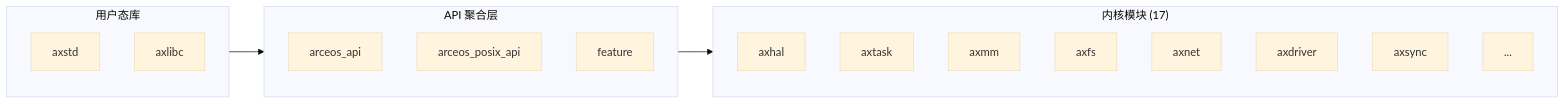
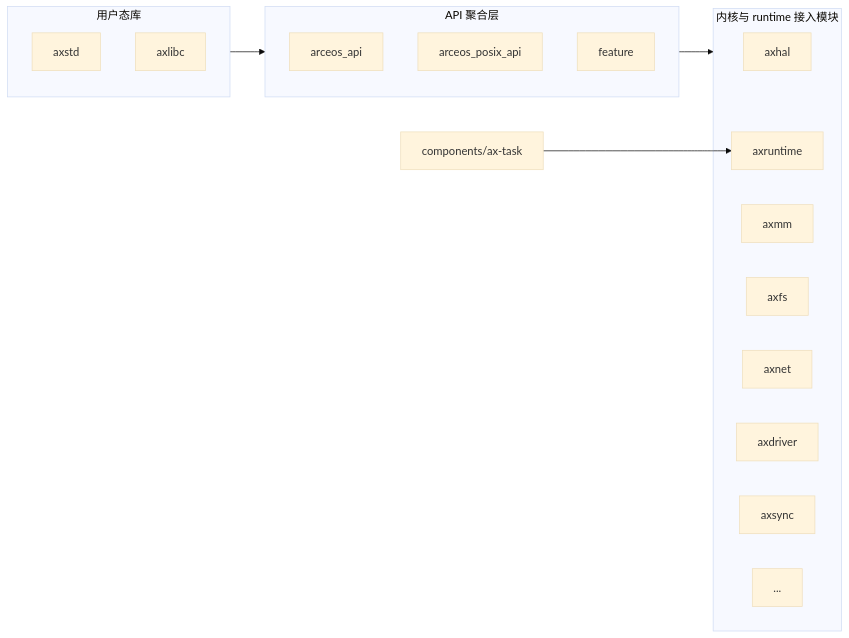
The second of 5 diagrams in docs/docs/introduction/overview.md (rcore-os/tgoskits), drawn with Mermaid (base theme) before and after one commit. The commit also changed other lines of this file and 333 other files, not shown here.

Commit message:
feat(ax-task): rebuild RT/SMP scheduler runtime

````diff
--- a/docs/docs/introduction/overview.md
+++ b/docs/docs/introduction/overview.md
@@ -121,24 +122,26 @@
 ```mermaid
 flowchart LR
     subgraph ulib["用户态库"]
         axstd["axstd"]
         axlibc["axlibc"]
     end
     subgraph api["API 聚合层"]
         arceos_api["arceos_api"]
         posix_api["arceos_posix_api"]
         feature["feature"]
     end
-    subgraph mods["内核模块 (17)"]
+    subgraph mods["内核与 runtime 接入模块"]
         hal["axhal"]
-        task["axtask"]
+        runtime["axruntime"]
         mm["axmm"]
         fs["axfs"]
         net["axnet"]
         drv["axdriver"]
         sync["axsync"]
         other["..."]
     end
+    task["components/ax-task"]
 
     ulib --> api --> mods
+    task --> runtime
 ```
````
